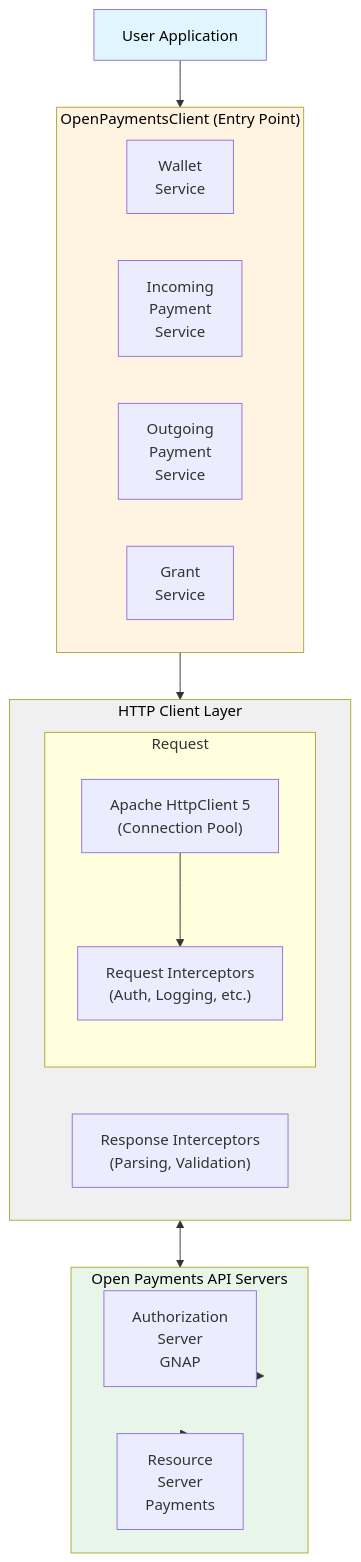
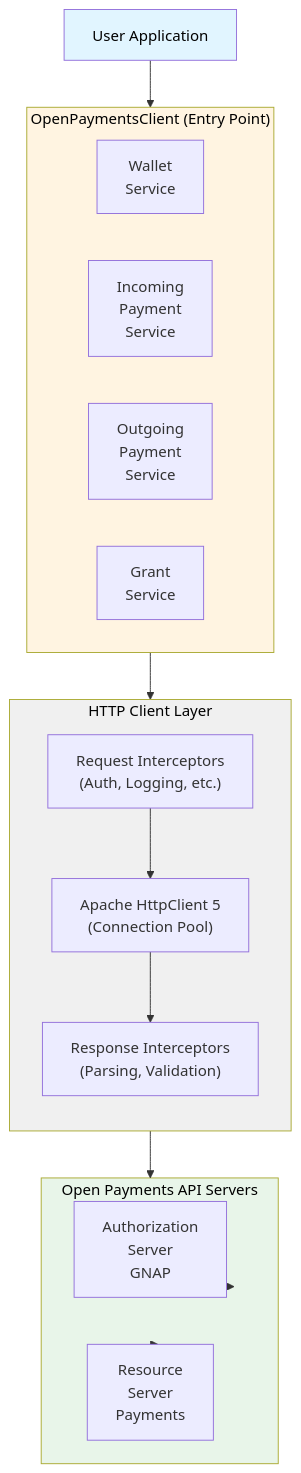
The first of 5 diagrams in docs/ARCHITECTURE.md (boniface/open-payments-java), drawn with Mermaid before and after one commit. The commit also changed 1 other file, not shown here.

Commit message:
Resolve pr comments

````diff
--- a/docs/ARCHITECTURE.md
+++ b/docs/ARCHITECTURE.md
@@ -15,39 +15,38 @@
 ```mermaid
 graph TD
     UserApp[User Application]
     
     subgraph Client["OpenPaymentsClient (Entry Point)"]
         WalletService[Wallet<br/>Service]
         IncomingService[Incoming<br/>Payment<br/>Service]
         OutgoingService[Outgoing<br/>Payment<br/>Service]
         GrantService[Grant<br/>Service]
     end
     
 
     subgraph HTTPLayer[HTTP Client Layer]
-        subgraph Request
+            direction TB
+            
+            RequestInt["Request Interceptors <br/>(Auth, Logging, etc.)"]
             ApacheHTTP["Apache HttpClient 5 <br/>(Connection Pool)"]
-            RequestInt["Request Interceptors <br/>(Auth, Logging, etc.)"]
-
-            ApacheHTTP --> RequestInt
-        end
-        ResponseInt["Response Interceptors <br/> (Parsing, Validation)"]
+            ResponseInt["Response Interceptors <br/> (Parsing, Validation)"]
+            RequestInt --> ApacheHTTP --> ResponseInt
     end
     
     subgraph APIServers[Open Payments API Servers]
         AuthServer[Authorization<br/>Server<br/>GNAP]
         ResourceServer[Resource<br/>Server<br/>Payments]
     end
 
     UserApp --> Client
     Client --> HTTPLayer
 
-    HTTPLayer <--> APIServers
+    HTTPLayer --> APIServers
     APIServers --> AuthServer
     APIServers --> ResourceServer
 
     style UserApp fill:#e1f5ff,color:#000
     style Client fill:#fff4e1,color:#000
     style HTTPLayer fill:#f0f0f0,color:#000
     style APIServers fill:#e8f5e9,color:#000
 ```
````
